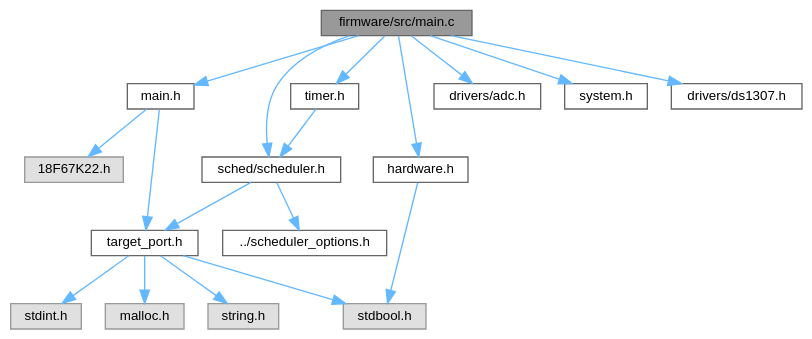
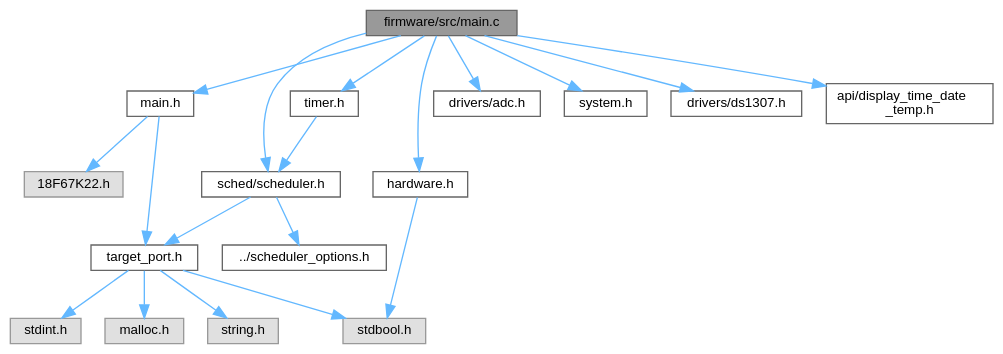
The diagram in dev/main_8c__incl.dot (Ghaadyy/elevator-controller), drawn with Graphviz before and after one commit. The commit also changed 80 other files, not shown here.

```diff
--- a/dev/main_8c__incl.dot
+++ b/dev/main_8c__incl.dot
@@ -1,39 +1,41 @@
 digraph "firmware/src/main.c"
 {
  // LATEX_PDF_SIZE
   bgcolor="transparent";
   edge [fontname=Helvetica,fontsize=10,labelfontname=Helvetica,labelfontsize=10];
   node [fontname=Helvetica,fontsize=10,shape=box,height=0.2,width=0.4];
   Node1 [id="Node000001",label="firmware/src/main.c",height=0.2,width=0.4,color="gray40", fillcolor="grey60", style="filled", fontcolor="black",tooltip=" "];
   Node1 -> Node2 [id="edge1_Node000001_Node000002",color="steelblue1",style="solid",tooltip=" "];
   Node2 [id="Node000002",label="main.h",height=0.2,width=0.4,color="grey40", fillcolor="white", style="filled",URL="$main_8h.html",tooltip=" "];
   Node2 -> Node3 [id="edge2_Node000002_Node000003",color="steelblue1",style="solid",tooltip=" "];
   Node3 [id="Node000003",label="18F67K22.h",height=0.2,width=0.4,color="grey60", fillcolor="#E0E0E0", style="filled",tooltip=" "];
   Node2 -> Node4 [id="edge3_Node000002_Node000004",color="steelblue1",style="solid",tooltip=" "];
   Node4 [id="Node000004",label="target_port.h",height=0.2,width=0.4,color="grey40", fillcolor="white", style="filled",URL="$target__port_8h.html",tooltip=" "];
   Node4 -> Node5 [id="edge4_Node000004_Node000005",color="steelblue1",style="solid",tooltip=" "];
   Node5 [id="Node000005",label="stdbool.h",height=0.2,width=0.4,color="grey60", fillcolor="#E0E0E0", style="filled",tooltip=" "];
   Node4 -> Node6 [id="edge5_Node000004_Node000006",color="steelblue1",style="solid",tooltip=" "];
   Node6 [id="Node000006",label="stdint.h",height=0.2,width=0.4,color="grey60", fillcolor="#E0E0E0", style="filled",tooltip=" "];
   Node4 -> Node7 [id="edge6_Node000004_Node000007",color="steelblue1",style="solid",tooltip=" "];
   Node7 [id="Node000007",label="malloc.h",height=0.2,width=0.4,color="grey60", fillcolor="#E0E0E0", style="filled",tooltip=" "];
   Node4 -> Node8 [id="edge7_Node000004_Node000008",color="steelblue1",style="solid",tooltip=" "];
   Node8 [id="Node000008",label="string.h",height=0.2,width=0.4,color="grey60", fillcolor="#E0E0E0", style="filled",tooltip=" "];
   Node1 -> Node9 [id="edge8_Node000001_Node000009",color="steelblue1",style="solid",tooltip=" "];
   Node9 [id="Node000009",label="drivers/adc.h",height=0.2,width=0.4,color="grey40", fillcolor="white", style="filled",URL="$adc_8h.html",tooltip=" "];
   Node1 -> Node10 [id="edge9_Node000001_Node000010",color="steelblue1",style="solid",tooltip=" "];
   Node10 [id="Node000010",label="hardware.h",height=0.2,width=0.4,color="grey40", fillcolor="white", style="filled",URL="$hardware_8h.html",tooltip=" "];
   Node10 -> Node5 [id="edge10_Node000010_Node000005",color="steelblue1",style="solid",tooltip=" "];
   Node1 -> Node11 [id="edge11_Node000001_Node000011",color="steelblue1",style="solid",tooltip=" "];
   Node11 [id="Node000011",label="sched/scheduler.h",height=0.2,width=0.4,color="grey40", fillcolor="white", style="filled",URL="$scheduler_8h.html",tooltip=" "];
   Node11 -> Node12 [id="edge12_Node000011_Node000012",color="steelblue1",style="solid",tooltip=" "];
   Node12 [id="Node000012",label="../scheduler_options.h",height=0.2,width=0.4,color="grey40", fillcolor="white", style="filled",URL="$scheduler__options_8h.html",tooltip=" "];
   Node11 -> Node4 [id="edge13_Node000011_Node000004",color="steelblue1",style="solid",tooltip=" "];
   Node1 -> Node13 [id="edge14_Node000001_Node000013",color="steelblue1",style="solid",tooltip=" "];
   Node13 [id="Node000013",label="system.h",height=0.2,width=0.4,color="grey40", fillcolor="white", style="filled",URL="$system_8h.html",tooltip=" "];
   Node1 -> Node14 [id="edge15_Node000001_Node000014",color="steelblue1",style="solid",tooltip=" "];
   Node14 [id="Node000014",label="timer.h",height=0.2,width=0.4,color="grey40", fillcolor="white", style="filled",URL="$timer_8h.html",tooltip=" "];
   Node14 -> Node11 [id="edge16_Node000014_Node000011",color="steelblue1",style="solid",tooltip=" "];
   Node1 -> Node15 [id="edge17_Node000001_Node000015",color="steelblue1",style="solid",tooltip=" "];
   Node15 [id="Node000015",label="drivers/ds1307.h",height=0.2,width=0.4,color="grey40", fillcolor="white", style="filled",URL="$ds1307_8h.html",tooltip=" "];
+  Node1 -> Node16 [id="edge18_Node000001_Node000016",color="steelblue1",style="solid",tooltip=" "];
+  Node16 [id="Node000016",label="api/display_time_date\l_temp.h",height=0.2,width=0.4,color="grey40", fillcolor="white", style="filled",URL="$display__time__date__temp_8h.html",tooltip=" "];
 }
```
